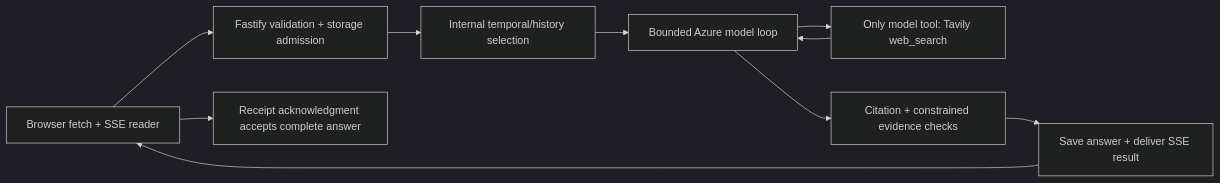
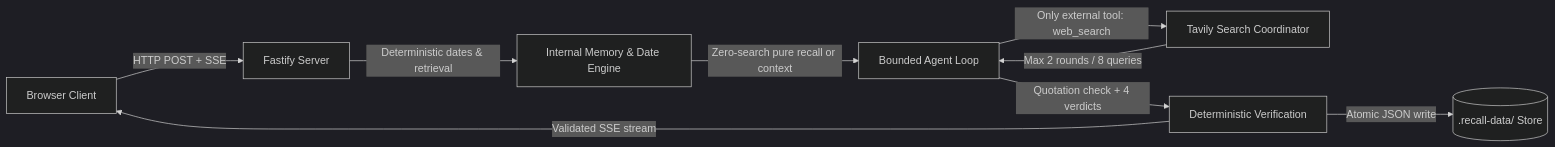
Before and after one commit to premnandha1805/minimi-recall-agent: the diagram in README.md, drawn with Mermaid (dark theme). The commit also changed other lines of this file and 2 other files, not shown here.

Commit message:
docs: finalize architecture and adversarial evaluation

````diff
--- a/README.md
+++ b/README.md
@@ -67,12 +86,11 @@
 ```mermaid
 flowchart LR
-  UI[Browser fetch + SSE reader] --> API[Fastify validation + storage admission]
-  API --> Context[Internal temporal/history selection]
-  Context --> Agent[Bounded Azure model loop]
-  Agent --> Search[Only model tool: Tavily web_search]
-  Search --> Agent
-  Agent --> Checks[Citation + constrained evidence checks]
-  Checks --> Result[Save answer + deliver SSE result]
-  Result --> UI
-  UI --> Receipt[Receipt acknowledgment accepts complete answer]
+  UI[Browser Client] -->|HTTP POST + SSE| API[Fastify Server]
+  API -->|Deterministic dates & retrieval| Memory[Internal Memory & Date Engine]
+  Memory -->|Zero-search pure recall or context| Agent[Bounded Agent Loop]
+  Agent -->|Only external tool: web_search| Search[Tavily Search Coordinator]
+  Search -->|Max 2 rounds / 8 queries| Agent
+  Agent -->|Quotation check + 4 verdicts| Verification[Deterministic Verification]
+  Verification -->|Atomic JSON write| Storage[(".recall-data/ Store")]
+  Verification -->|Validated SSE stream| UI
 ```
````
